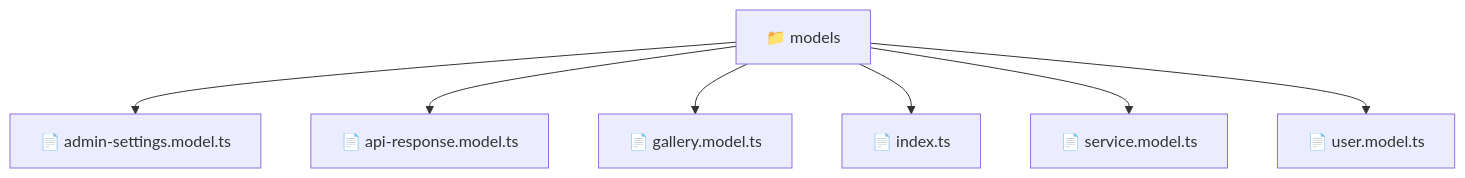
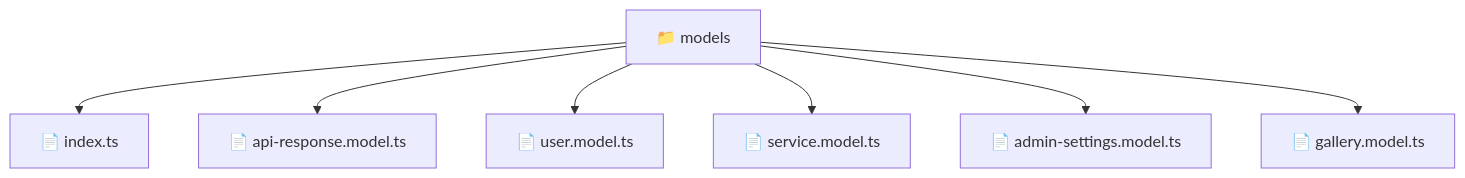
The diagram in frontend/src/shared/models/README.md (beginwebdev2002/fullstack-mavluda), drawn with Mermaid before and after one commit. The commit also changed other lines of this file and 164 other files, not shown here.

First line of the commit message:
docs: generate robust autonomous architectural documentation

````diff
--- a/frontend/src/shared/models/README.md
+++ b/frontend/src/shared/models/README.md
@@ -11,10 +11,10 @@
 ```mermaid
 graph TD
-  Root["📁 models"]
-  Root --> admin_settings_model_ts["📄 admin-settings.model.ts"]
-  Root --> api_response_model_ts["📄 api-response.model.ts"]
-  Root --> gallery_model_ts["📄 gallery.model.ts"]
-  Root --> index_ts["📄 index.ts"]
-  Root --> service_model_ts["📄 service.model.ts"]
-  Root --> user_model_ts["📄 user.model.ts"]
+    f_models["📁 models"]
+    f_models --> f_index_ts["📄 index.ts"]
+    f_models --> f_api_response_model_ts["📄 api-response.model.ts"]
+    f_models --> f_user_model_ts["📄 user.model.ts"]
+    f_models --> f_service_model_ts["📄 service.model.ts"]
+    f_models --> f_admin_settings_model_ts["📄 admin-settings.model.ts"]
+    f_models --> f_gallery_model_ts["📄 gallery.model.ts"]
 ```
````
